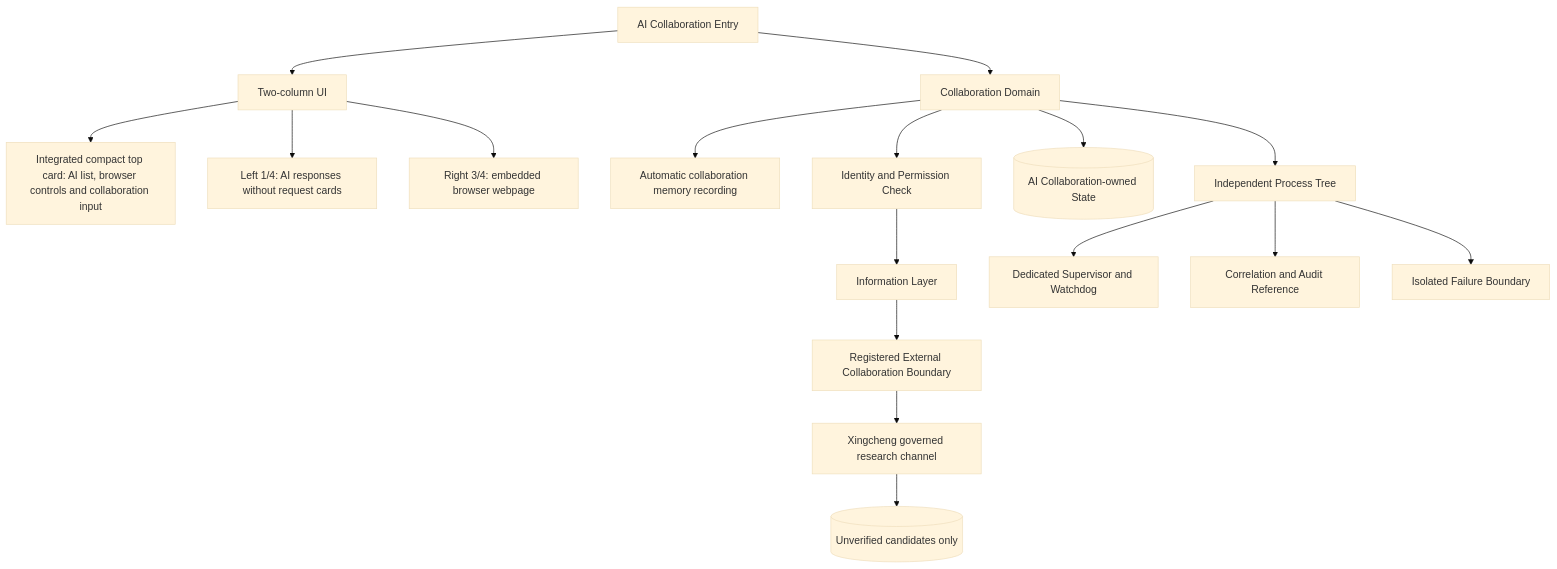
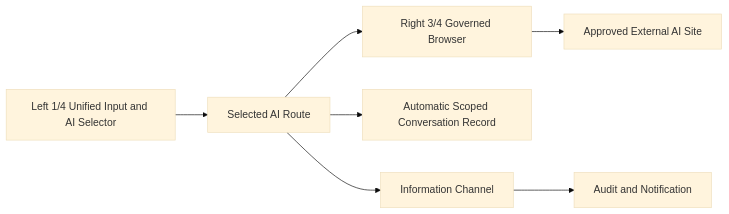
Before and after one commit to guilty442-source/GPTBridge: the diagram in governance_rule/codex/architecture-tool-ai-collaboration.md, drawn with Mermaid (base theme). The commit also changed other lines of this file and 14 other files, not shown here.

Commit message:
codex sync 15:00:49Z: zh-TW mirror parts + architecture docs refreshed; formal rule evaluator codes renamed to canonical (_V1 suffix dropped; GO_RUST_NODE->GO_RUST_RUNTIME, JAX_PYTORCH->JAX_FRAMEWORK); release-dependencies pin

````diff
--- a/governance_rule/codex/architecture-tool-ai-collaboration.md
+++ b/governance_rule/codex/architecture-tool-ai-collaboration.md
@@ -3,19 +3,9 @@
 ```mermaid
-flowchart TB
-  ENTRY[AI Collaboration Entry] --> APP[Collaboration Domain]
-  ENTRY --> UI[Two-column UI]
-  UI --> TOP[Integrated compact top card: AI list, browser controls and collaboration input]
-  UI --> LEFT[Left 1/4: AI responses without request cards]
-  UI --> RIGHT[Right 3/4: embedded browser webpage]
-  APP --> AUTO_MEMORY[Automatic collaboration memory recording]
-  APP --> AUTH[Identity and Permission Check]
-  AUTH --> INFO[Information Layer]
-  INFO --> EXT[Registered External Collaboration Boundary]
-  EXT --> RESEARCH[Xingcheng governed research channel]
-  RESEARCH --> CANDIDATES[(Unverified candidates only)]
-  APP --> STATE[(AI Collaboration-owned State)]
-  APP --> PROC[Independent Process Tree]
-  PROC --> SUP[Dedicated Supervisor and Watchdog]
-  PROC --> AUDIT[Correlation and Audit Reference]
-  PROC --> FAULT[Isolated Failure Boundary]
+flowchart LR
+  UI[Left 1/4 Unified Input and AI Selector] --> ROUTE[Selected AI Route]
+  ROUTE --> BROWSER[Right 3/4 Governed Browser]
+  BROWSER --> WEB[Approved External AI Site]
+  ROUTE --> MEMORY[Automatic Scoped Conversation Record]
+  ROUTE --> INFO[Information Channel]
+  INFO --> AUDIT[Audit and Notification]
 ```
````
